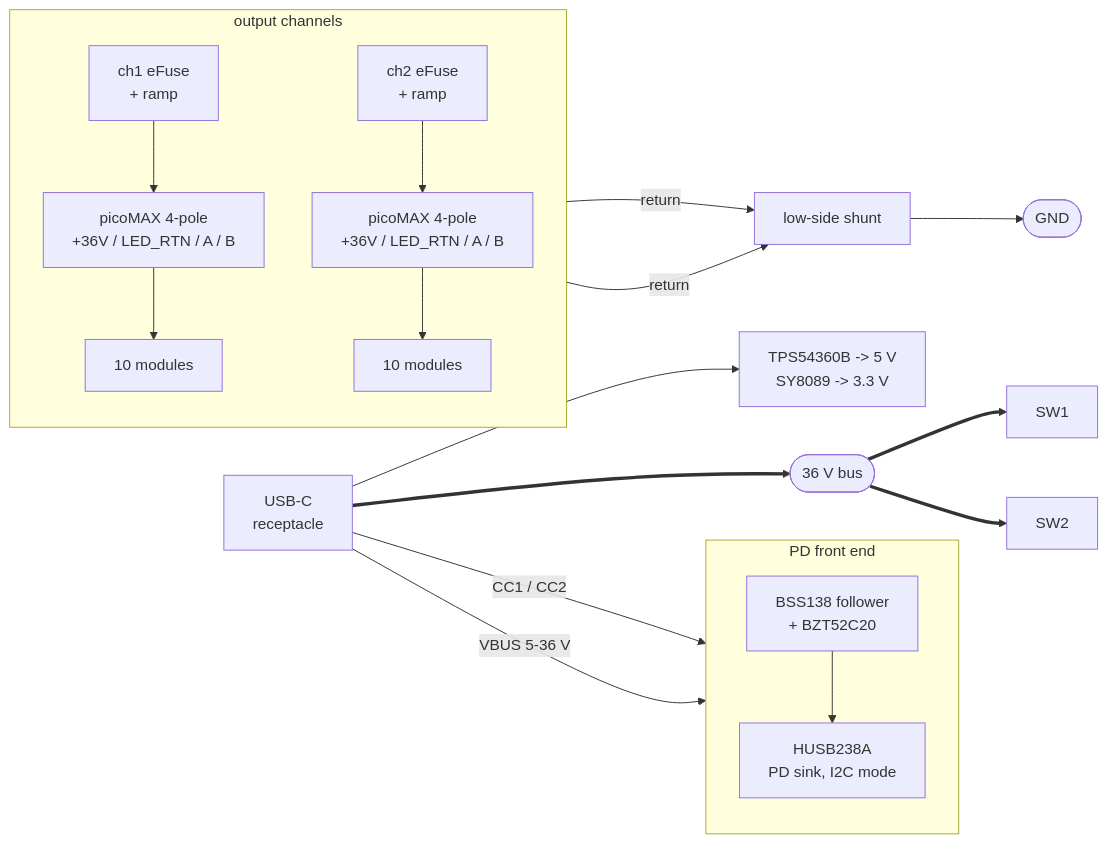
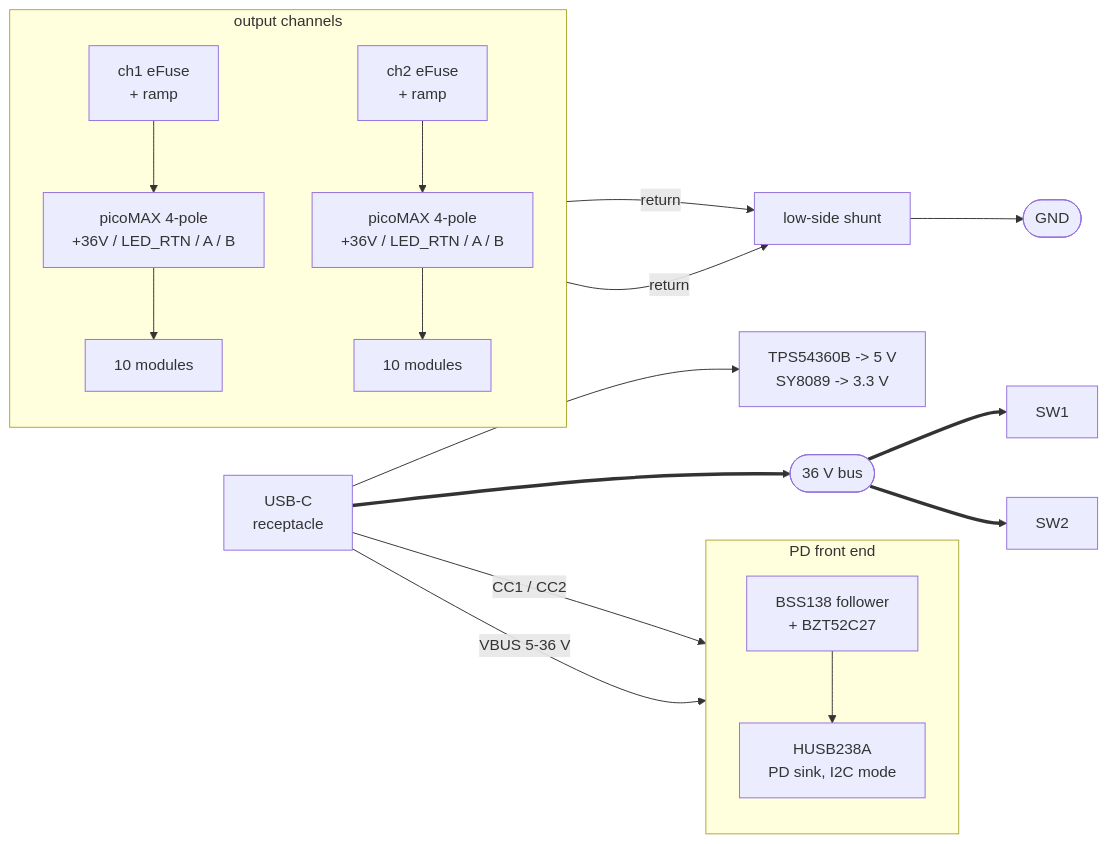
The first of 4 diagrams in designs/led-matrix-controller/README.md (lucsoft/pcb-design), drawn with Mermaid before and after one commit. The commit also changed other lines of this file and 13 other files, not shown here.

````diff
--- a/designs/led-matrix-controller/README.md
+++ b/designs/led-matrix-controller/README.md
@@ -69,32 +69,32 @@
 ```mermaid
 flowchart LR
     USBC["USB-C<br/>receptacle"]
 
     subgraph FE["PD front end"]
         direction TB
-        RZ["BSS138 follower<br/>+ BZT52C20"]
+        RZ["BSS138 follower<br/>+ BZT52C27"]
         PD["HUSB238A<br/>PD sink, I2C mode"]
     end
 
     BUS(["36 V bus"])
 
     subgraph CH["output channels"]
         direction TB
         EF1["ch1 eFuse<br/>+ ramp"] --> CN1["picoMAX 4-pole<br/>+36V / LED_RTN / A / B"] --> M1["10 modules"]
         EF2["ch2 eFuse<br/>+ ramp"] --> CN2["picoMAX 4-pole<br/>+36V / LED_RTN / A / B"] --> M2["10 modules"]
     end
 
     RAILS["TPS54360B -> 5 V<br/>SY8089 -> 3.3 V"]
     SHUNT["low-side shunt"]
     GND(["GND"])
 
     USBC -->|"CC1 / CC2"| PD
     USBC -->|"VBUS 5-36 V"| RZ --> PD
     USBC --> RAILS
     USBC ==> BUS
     BUS ==> SW1
     BUS ==> SW2
     M1 -->|return| SHUNT
     M2 -->|return| SHUNT
     SHUNT --> GND
 ```
````
